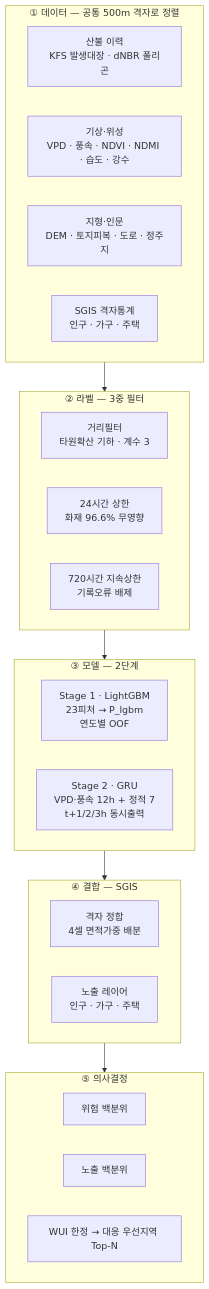
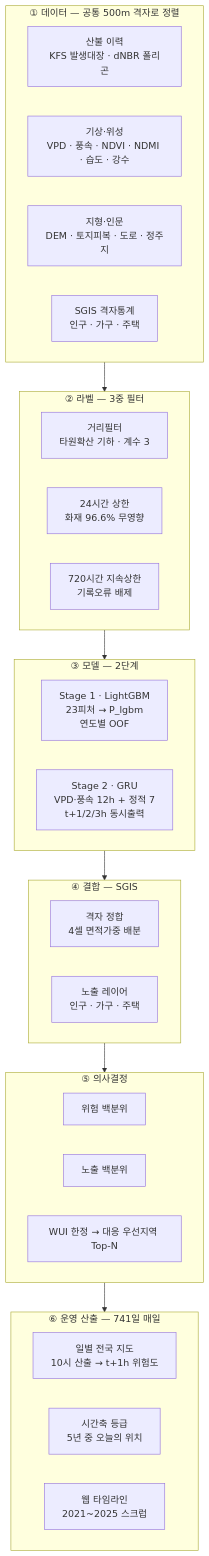
The diagram in README.md (tradeprogram/SGIS), drawn with Mermaid before and after one commit. The commit also changed other lines of this file and 1 other file, not shown here.

First line of the commit message:
문서 갱신 — 실전 성능·전 기간 구조·시간축 등급 반영

````diff
--- a/README.md
+++ b/README.md
@@ -61,28 +64,33 @@
 ```mermaid
 flowchart TB
     subgraph S1["① 데이터 — 공통 500m 격자로 정렬"]
         A1[산불 이력<br/>KFS 발생대장 · dNBR 폴리곤]
         A2[기상·위성<br/>VPD · 풍속 · NDVI · NDMI · 습도 · 강수]
         A3[지형·인문<br/>DEM · 토지피복 · 도로 · 정주지]
         A4[SGIS 격자통계<br/>인구 · 가구 · 주택]
     end
     subgraph S2["② 라벨 — 3중 필터"]
         B1[거리필터<br/>타원확산 기하 · 계수 3]
         B2[24시간 상한<br/>화재 96.6% 무영향]
         B3[720시간 지속상한<br/>기록오류 배제]
     end
     subgraph S3["③ 모델 — 2단계"]
         C1[Stage 1 · LightGBM<br/>23피처 → P_lgbm<br/>연도별 OOF]
         C2[Stage 2 · GRU<br/>VPD·풍속 12h + 정적 7<br/>t+1/2/3h 동시출력]
     end
     subgraph S4["④ 결합 — SGIS"]
         D1[격자 정합<br/>4셀 면적가중 배분]
         D2[노출 레이어<br/>인구 · 가구 · 주택]
     end
     subgraph S5["⑤ 의사결정"]
         E1[위험 백분위]
         E2[노출 백분위]
         E3[WUI 한정 → 대응 우선지역 Top-N]
     end
-    S1 --> S2 --> S3 --> S4 --> S5
+    subgraph S6["⑥ 운영 산출 — 741일 매일"]
+        F1[일별 전국 지도<br/>10시 산출 → t+1h 위험도]
+        F2[시간축 등급<br/>5년 중 오늘의 위치]
+        F3[웹 타임라인<br/>2021~2025 스크럽]
+    end
+    S1 --> S2 --> S3 --> S4 --> S5 --> S6
 ```
````
